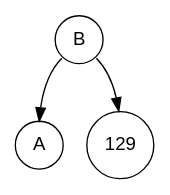
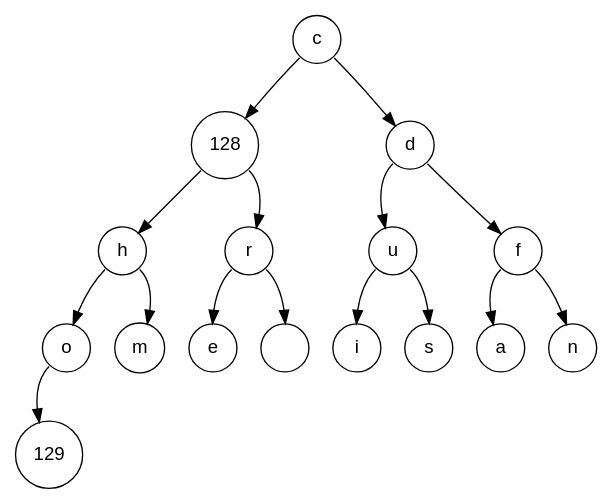
Before and after one commit to Procuste34/codage_huffman_c: the diagram in fichiers_viz/minimier_etape_2.dot, drawn with Graphviz. The commit also changed 22 other files, not shown here.

```diff
--- a/fichiers_viz/minimier_etape_2.dot
+++ b/fichiers_viz/minimier_etape_2.dot
@@ -1,8 +1,34 @@
 digraph POT_test {
 node [fontname="Arial", shape="circle", width=0.5];
-66 [label = "B"]
-66:sw -> 65
-66:se -> 129
-65 [label = "A"]
+99 [label = "c"]
+99:sw -> 128
+99:se -> 100
+128 [label = "128"]
+128:sw -> 104
+128:se -> 114
+104 [label = "h"]
+104:sw -> 111
+104:se -> 109
+111 [label = "o"]
+111:sw -> 129
 129 [label = "129"]
+109 [label = "m"]
+114 [label = "r"]
+114:sw -> 101
+114:se -> 32
+101 [label = "e"]
+32 [label = " "]
+100 [label = "d"]
+100:sw -> 117
+100:se -> 102
+117 [label = "u"]
+117:sw -> 105
+117:se -> 115
+105 [label = "i"]
+115 [label = "s"]
+102 [label = "f"]
+102:sw -> 97
+102:se -> 110
+97 [label = "a"]
+110 [label = "n"]
 }
```
